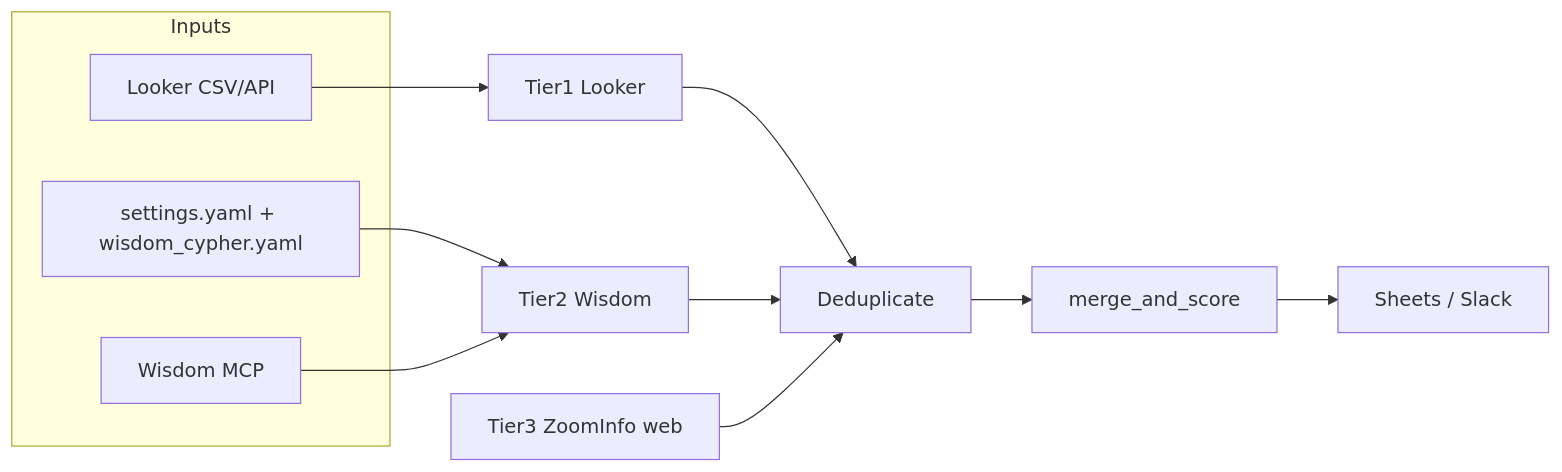
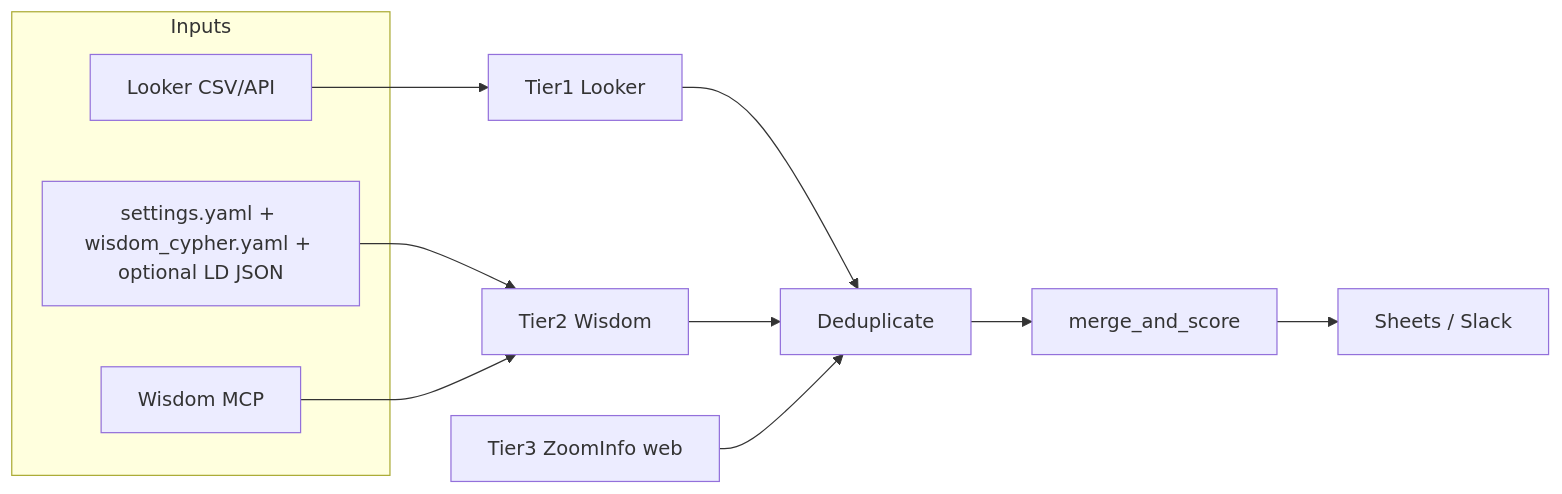
The diagram in README.md (s-shindeldecker/figment-agent), drawn with Mermaid before and after one commit. The commit also changed other lines of this file and 8 other files, not shown here.

First line of the commit message:
feat: LaunchDarkly Wisdom Cypher/prompts + source logging

````diff
--- a/README.md
+++ b/README.md
@@ -60,21 +60,21 @@
 ```mermaid
 flowchart LR
   subgraph inputs [Inputs]
     L[Looker CSV/API]
     W[Wisdom MCP]
-    C[settings.yaml + wisdom_cypher.yaml]
+    C[settings.yaml + wisdom_cypher.yaml + optional LD JSON]
   end
   T1[Tier1 Looker]
   T2[Tier2 Wisdom]
   T3[Tier3 ZoomInfo web]
   D[Deduplicate]
   S[merge_and_score]
   O[Sheets / Slack]
   L --> T1
   C --> T2
   W --> T2
   T1 --> D
   T2 --> D
   T3 --> D
   D --> S --> O
 ```
````
